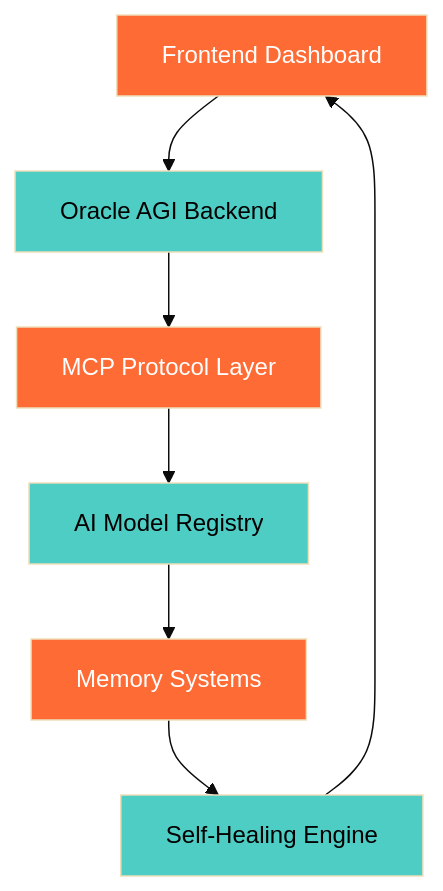
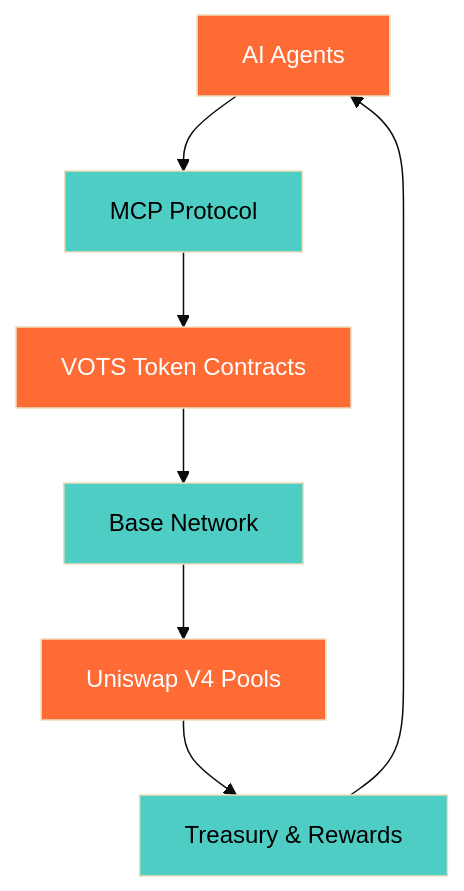
Before and after one commit to MCPVOTS/MCPVOTS: the diagram in MCPVOTS/README.md, drawn with Mermaid (base theme). The commit also changed other lines of this file, not shown here.

````diff
--- a/MCPVOTS/README.md
+++ b/MCPVOTS/README.md
@@ -105,16 +66,16 @@
 ```mermaid
 graph TB
-    A[Frontend Dashboard] --> B[Oracle AGI Backend]
-    B --> C[MCP Protocol Layer]
-    C --> D[AI Model Registry]
-    D --> E[Memory Systems]
-    E --> F[Self-Healing Engine]
+    A[AI Agents] --> B[MCP Protocol]
+    B --> C[VOTS Token Contracts]
+    C --> D[Base Network]
+    D --> E[Uniswap V4 Pools]
+    E --> F[Treasury & Rewards]
     F --> A
 
     style A fill:#FF6B35,color:#ffffff
     style B fill:#4ECDC4,color:#000000
     style C fill:#FF6B35,color:#ffffff
     style D fill:#4ECDC4,color:#000000
     style E fill:#FF6B35,color:#ffffff
     style F fill:#4ECDC4,color:#000000
 ```
````
